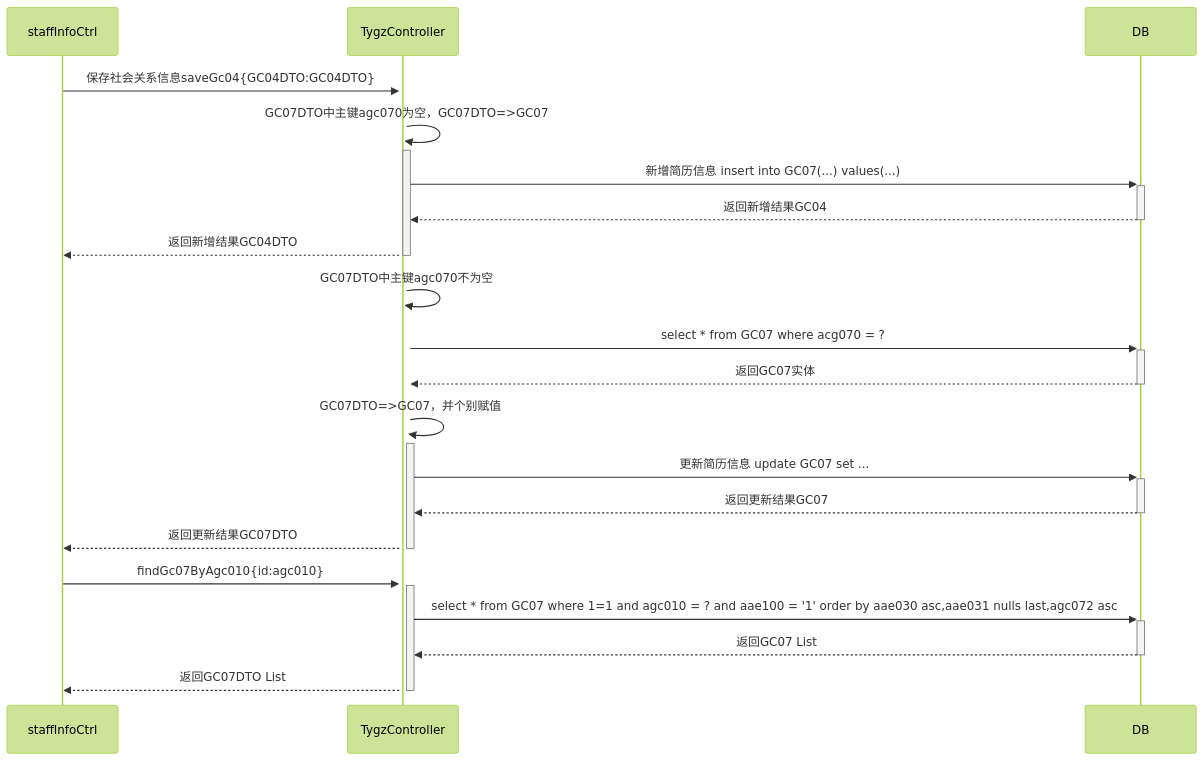
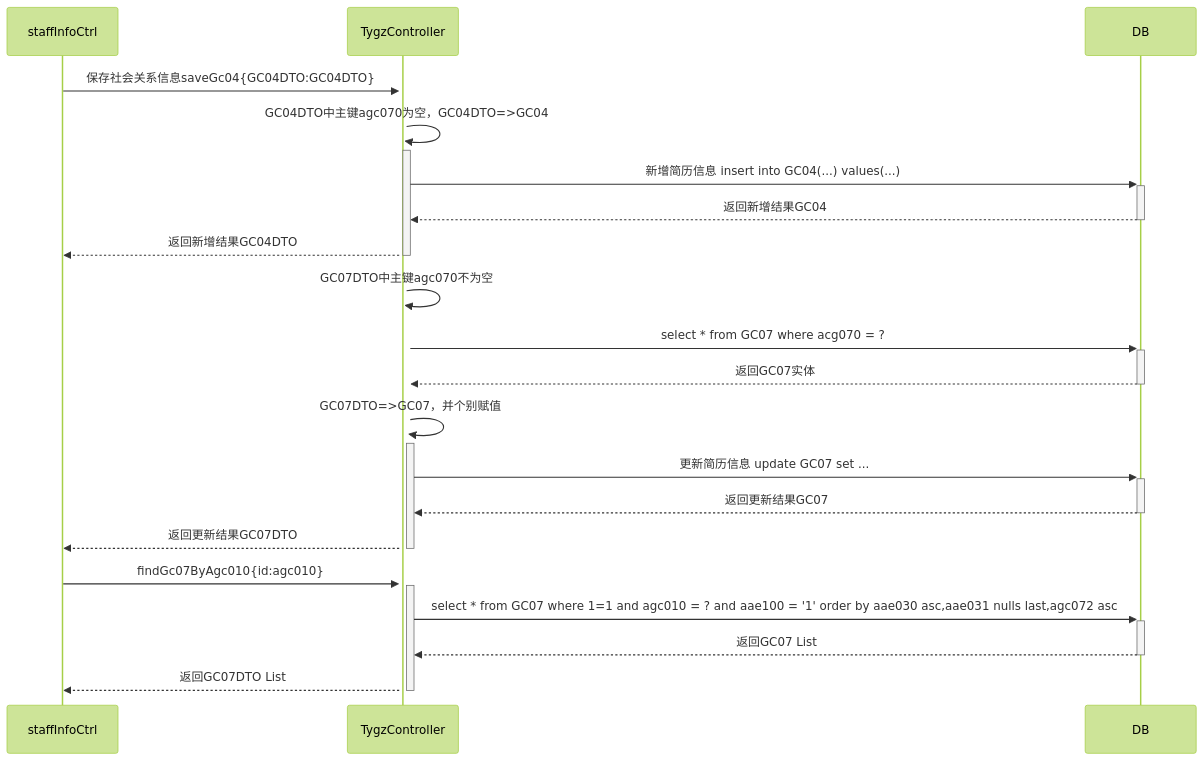
The diagram in all/未命名.md (ZhangJianBeiJing/iodraw-files), drawn with Mermaid (forest theme) before and after one commit.

Commit message:
2025-03-25 17:32:40 update

````diff
--- a/all/未命名.md
+++ b/all/未命名.md
@@ -1,22 +1,22 @@
 ```mermaid
 sequenceDiagram
     staffInfoCtrl->>+TygzController:保存社会关系信息saveGc04{GC04DTO:GC04DTO}
-    TygzController->>+TygzController:GC07DTO中主键agc070为空，GC07DTO=>GC07
-    TygzController->>+DB:新增简历信息 insert into GC07(...) values(...)
+    TygzController->>+TygzController:GC04DTO中主键agc070为空，GC04DTO=>GC04
+    TygzController->>+DB:新增简历信息 insert into GC04(...) values(...)
     DB-->>-TygzController:返回新增结果GC04
     TygzController-->>-staffInfoCtrl:返回新增结果GC04DTO
     TygzController->>+TygzController:GC07DTO中主键agc070不为空
     TygzController->>+DB:select * from GC07 where acg070 = ?
     DB-->>-TygzController:返回GC07实体
     TygzController->>+TygzController:GC07DTO=>GC07，并个别赋值
     TygzController->>+DB:更新简历信息 update GC07 set ...
     DB-->>-TygzController:返回更新结果GC07
     TygzController-->>-staffInfoCtrl:返回更新结果GC07DTO
 
     staffInfoCtrl->>+TygzController:findGc07ByAgc010{id:agc010}
     TygzController->>+DB:select * from GC07 where 1=1 and agc010 = ? and aae100 = '1' order by aae030 asc,aae031 nulls last,agc072 asc 
     DB-->>-TygzController:返回GC07 List
     TygzController-->>-staffInfoCtrl:返回GC07DTO List
             
             
 ```
````
